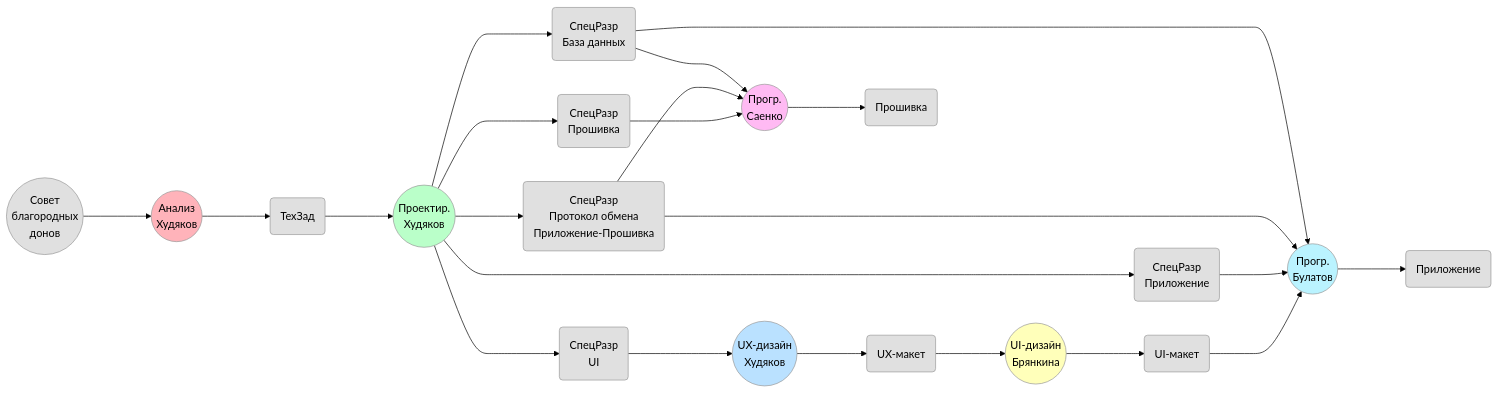
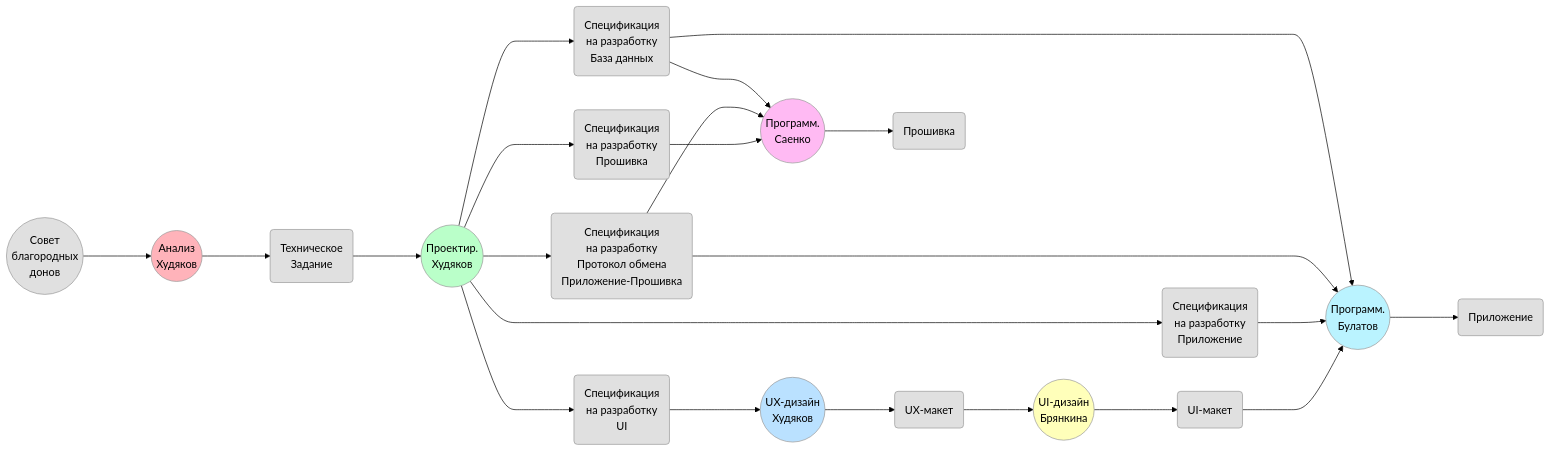
One commit to KhudyakovAlex/Synapse changed the diagram in Project/process.md. Above: the diagram before and after it, drawn with Mermaid (forest theme). The commit also changed 2 other files, not shown here.

Commit message:
Update process diagram from source

````diff
--- a/Project/process.md
+++ b/Project/process.md
@@ -3,75 +3,75 @@
 ```mermaid
 flowchart LR
     SBD((Совет<br>благородных<br>донов))
     
     ANAL((Анализ<br>Худяков))
     
-    PRD( ТехЗад )
+    PRD(Техническое<br>Задание)
     
     PRO((Проектир.<br>Худяков))
     
-    DSUI( СпецРазр<br>UI )
-    DSAPP( СпецРазр<br>Приложение )
-    DSDB( СпецРазр<br>База данных )
-    DSP(СпецРазр<br>Протокол обмена<br>Приложение-Прошивка)
-    DSFW( СпецРазр<br>Прошивка )
+    DSUI(Спецификация<br>на разработку<br>UI)
+    DSAPP(Спецификация<br>на разработку<br>Приложение)
+    DSDB(Спецификация<br>на разработку<br>База данных)
+    DSP(Спецификация<br>на разработку<br>Протокол обмена<br>Приложение-Прошивка)
+    DSFW(Спецификация<br>на разработку<br>Прошивка)
 
     UIUXD((UX-дизайн<br>Худяков))
     UIUX( UX-макет )
-    APPD(( Прогр.<br>Булатов ))
+    APPD(( Программ.<br>Булатов ))
 
-    FWD(( Прогр.<br>Саенко ))
+    FWD(( Программ.<br>Саенко ))
 
     UIUID((UI-дизайн<br>Брянкина))
     UIUI( UI-макет )
 
     FW( Прошивка )
     APP( Приложение )
 
     SBD ---> ANAL
     ANAL ---> PRD
     PRD ---> PRO
     PRO ---> DSUI
     PRO ---> DSFW
     PRO ---> DSAPP
     PRO ---> DSP
     PRO ---> DSDB
 
     DSUI ---> UIUXD
     UIUXD ---> UIUX
     UIUX ---> UIUID
     UIUID ---> UIUI
 
     UIUI ---> APPD
     DSAPP ---> APPD
     DSP ---> APPD
     DSDB ---> APPD
 
     DSFW ---> FWD
     DSP ---> FWD
     DSDB ---> FWD
 
     FWD ---> FW
     APPD ---> APP
 
     style ANAL fill:#FFB3BA,stroke:#999
     style PRO fill:#BAFFC9,stroke:#999
     style UIUXD fill:#BAE1FF,stroke:#999
     style UIUID fill:#FFFFBA,stroke:#999
     style APPD fill:#BAF3FF,stroke:#999
     style FWD fill:#FFBAF3,stroke:#999
     
     style SBD fill:#E0E0E0,stroke:#999
     style PRD fill:#E0E0E0,stroke:#999
     style DSUI fill:#E0E0E0,stroke:#999
     style DSAPP fill:#E0E0E0,stroke:#999
     style DSDB fill:#E0E0E0,stroke:#999
     style DSP fill:#E0E0E0,stroke:#999
     style DSFW fill:#E0E0E0,stroke:#999
     style UIUX fill:#E0E0E0,stroke:#999
     style UIUI fill:#E0E0E0,stroke:#999
     style FW fill:#E0E0E0,stroke:#999
     style APP fill:#E0E0E0,stroke:#999
 
     click PRD "https://khudyakovalex.github.io/Synapse/INDEX/PRD/SynapsePRD.html"
 ```
````
